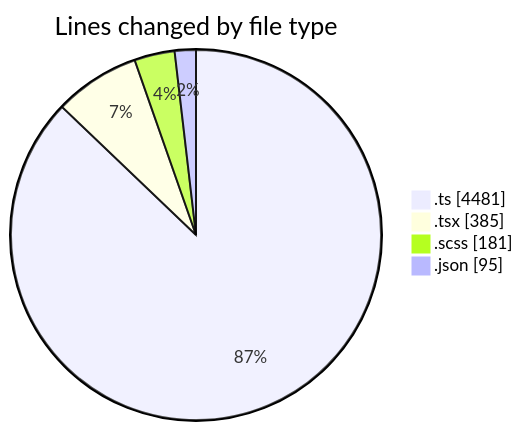
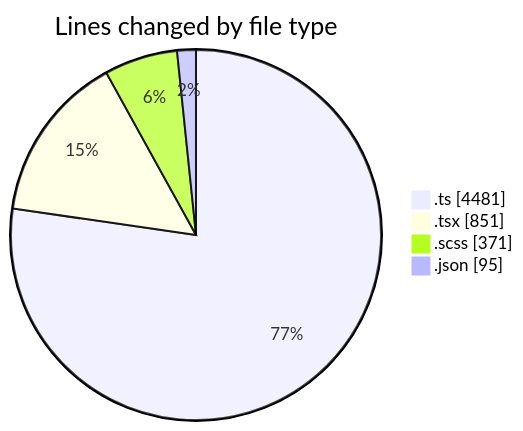
One commit to momahboobian/code-tracking changed the first of 2 diagrams in 2026-10-29/cda/README.md. Above: the diagram before and after it, drawn with Mermaid. The commit also changed other lines of this file and 1 other file, not shown here.

````diff
--- a/2026-10-29/cda/README.md
+++ b/2026-10-29/cda/README.md
@@ -27,8 +29,8 @@
 ```mermaid
 pie showData
 title Lines changed by file type
 ".ts" : 4481
-".tsx" : 385
-".scss" : 181
+".tsx" : 851
+".scss" : 371
 ".json" : 95
 ```
````
